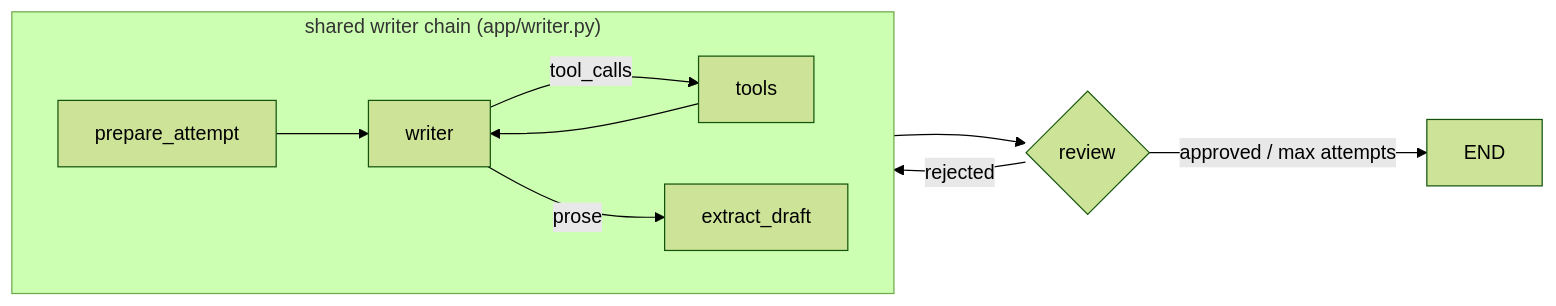
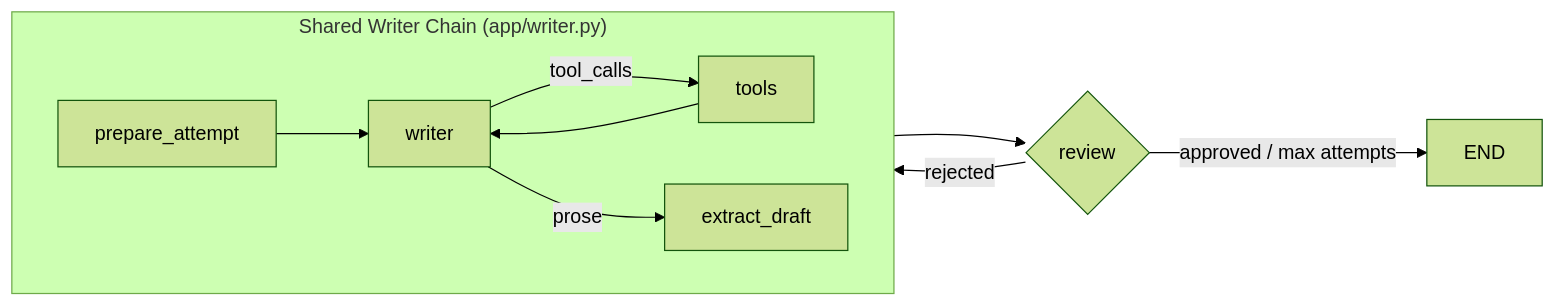
One commit to sumitjadhav1703/Linkedin_Post_Agent changed the diagram in README.md. Above: the diagram before and after it, drawn with Mermaid (forest theme). The commit also changed other lines of this file, not shown here.

````diff
--- a/README.md
+++ b/README.md
@@ -17,13 +48,13 @@
 ```mermaid
 flowchart LR
-    subgraph shared["shared writer chain (app/writer.py)"]
+    subgraph shared["Shared Writer Chain (app/writer.py)"]
         direction LR
         P[prepare_attempt] --> W[writer]
         W -->|tool_calls| T[tools]
         T --> W
         W -->|prose| X[extract_draft]
     end
     X --> R{review}
     R -->|rejected| P
     R -->|approved / max attempts| E[END]
 ```
````
